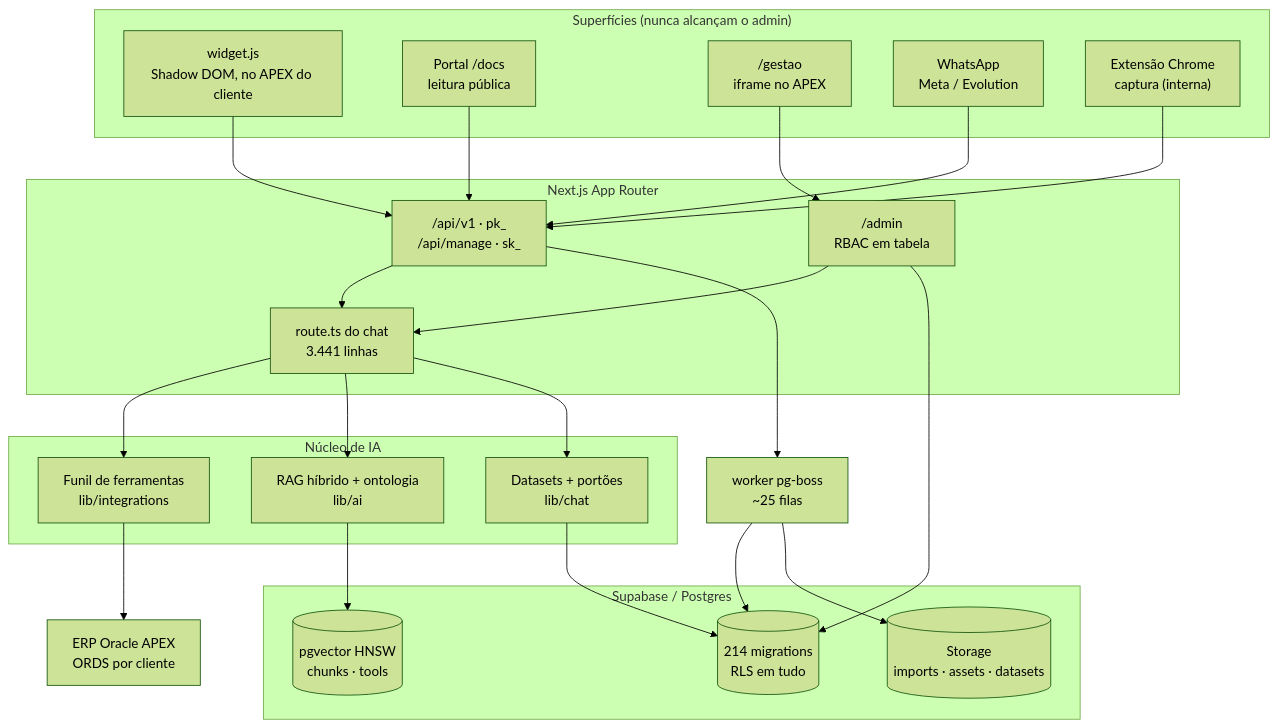
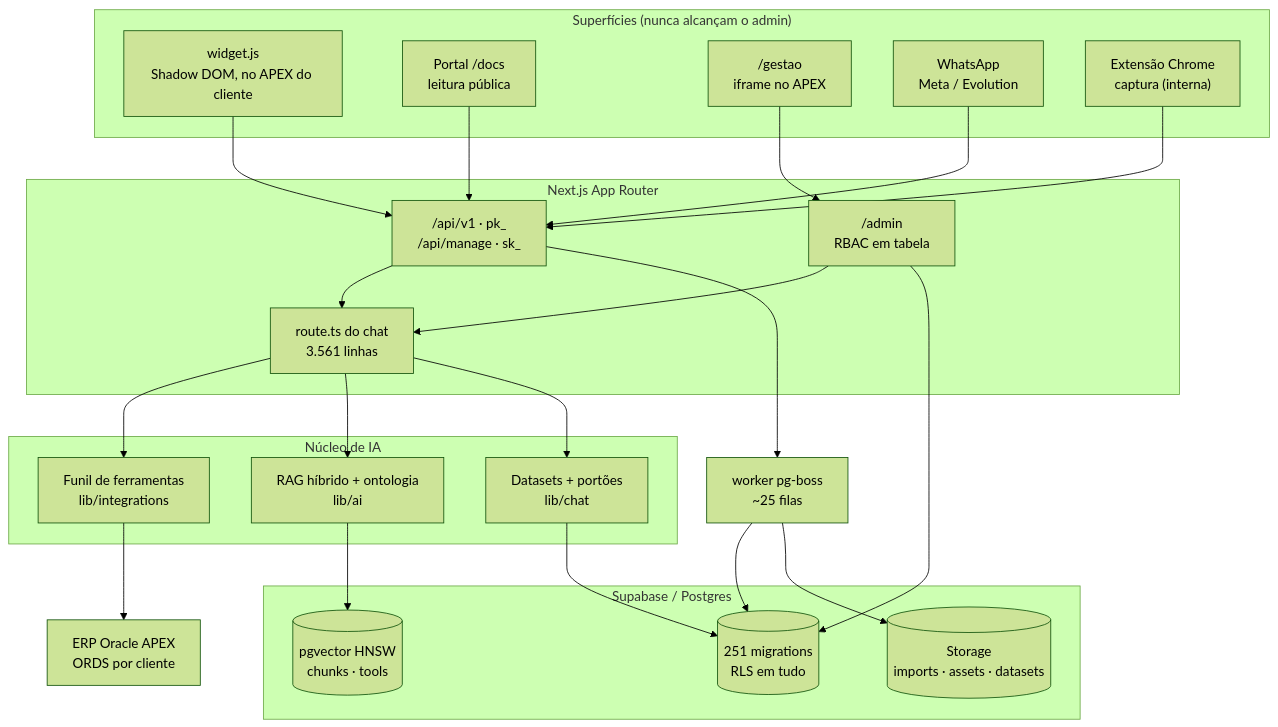
One commit to igorsala7/natcorp-base-conhecimento changed the first of 2 diagrams in docs/CODEBASE_MAP.md. Above: the diagram before and after it, drawn with Mermaid (forest theme). The commit also changed other lines of this file, not shown here.

````diff
--- a/docs/CODEBASE_MAP.md
+++ b/docs/CODEBASE_MAP.md
@@ -50,49 +57,49 @@
 ```mermaid
 graph TB
     subgraph clientes["Superfícies (nunca alcançam o admin)"]
         WID["widget.js<br/>Shadow DOM, no APEX do cliente"]
         POR["Portal /docs<br/>leitura pública"]
         GES["/gestao<br/>iframe no APEX"]
         WA["WhatsApp<br/>Meta / Evolution"]
         EXT["Extensão Chrome<br/>captura (interna)"]
     end
 
     subgraph app["Next.js App Router"]
         API["/api/v1 · pk_<br/>/api/manage · sk_"]
         ADM["/admin<br/>RBAC em tabela"]
-        CHAT["route.ts do chat<br/>3.441 linhas"]
+        CHAT["route.ts do chat<br/>3.561 linhas"]
     end
 
     subgraph ia["Núcleo de IA"]
         FUNIL["Funil de ferramentas<br/>lib/integrations"]
         RAG["RAG híbrido + ontologia<br/>lib/ai"]
         DS["Datasets + portões<br/>lib/chat"]
     end
 
     subgraph dados["Supabase / Postgres"]
-        PG[("214 migrations<br/>RLS em tudo")]
+        PG[("251 migrations<br/>RLS em tudo")]
         VEC[("pgvector HNSW<br/>chunks · tools")]
         ST[("Storage<br/>imports · assets · datasets")]
     end
 
     ERP["ERP Oracle APEX<br/>ORDS por cliente"]
     WRK["worker pg-boss<br/>~25 filas"]
 
     WID --> API
     POR --> API
     GES --> ADM
     WA --> API
     EXT --> API
     API --> CHAT
     ADM --> CHAT
     CHAT --> FUNIL
     CHAT --> RAG
     CHAT --> DS
     FUNIL --> ERP
     RAG --> VEC
     DS --> PG
     ADM --> PG
     WRK --> PG
     WRK --> ST
     API --> WRK
 ```
````
